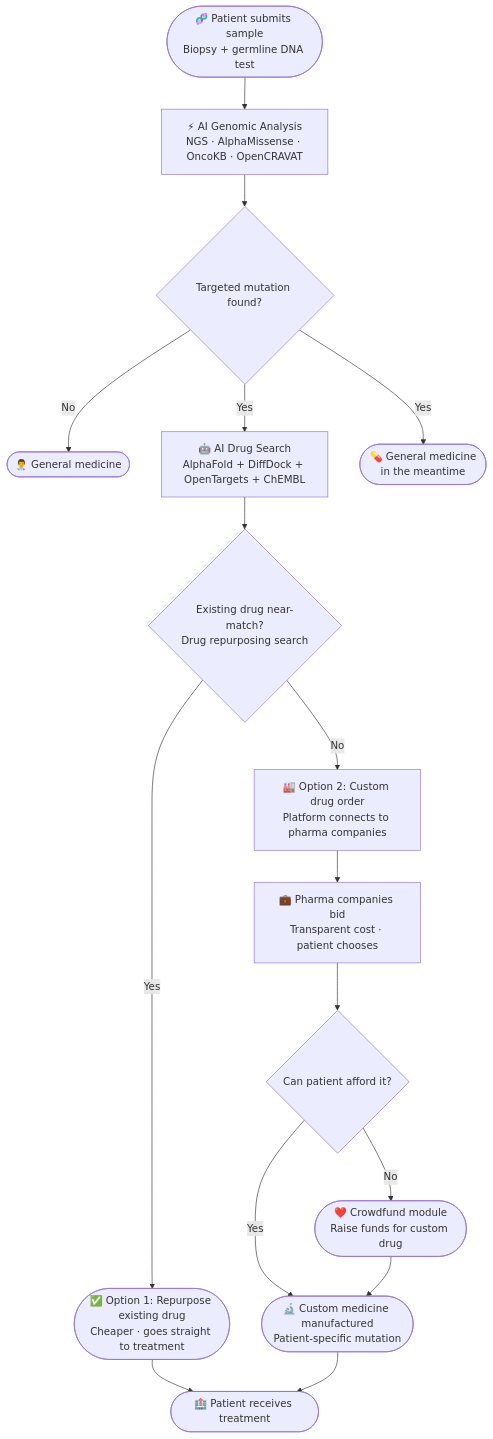
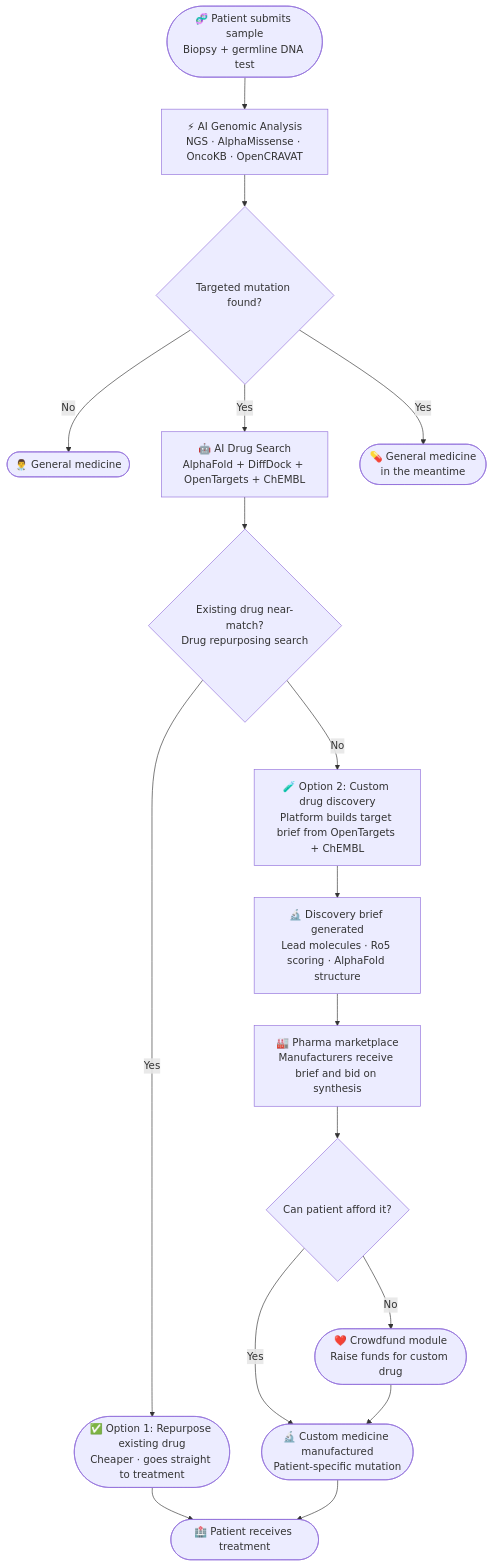
The first of 2 diagrams in README.md (immortal71/openoncology), drawn with Mermaid before and after one commit. The commit also changed other lines of this file, not shown here.

Commit message:
docs: move patient journey flowchart to top of README, update with custom drug discovery steps

````diff
--- a/README.md
+++ b/README.md
@@ -276,19 +48,20 @@
 ```mermaid
 flowchart TD
     A([🧬 Patient submits sample\nBiopsy + germline DNA test]) --> B
     B[⚡ AI Genomic Analysis\nNGS · AlphaMissense · OncoKB · OpenCRAVAT]
     B --> C{Targeted mutation found?}
     C -- No --> D([👨‍⚕️ General medicine])
     C -- Yes --> E[🤖 AI Drug Search\nAlphaFold + DiffDock + OpenTargets + ChEMBL]
     C -- Yes --> F([💊 General medicine\nin the meantime])
     E --> G{Existing drug near-match?\nDrug repurposing search}
     G -- Yes --> H([✅ Option 1: Repurpose existing drug\nCheaper · goes straight to treatment])
     H --> M([🏥 Patient receives treatment])
-    G -- No --> I[🏭 Option 2: Custom drug order\nPlatform connects to pharma companies]
-    I --> J[💼 Pharma companies bid\nTransparent cost · patient chooses]
+    G -- No --> I[🧪 Option 2: Custom drug discovery\nPlatform builds target brief from OpenTargets + ChEMBL]
+    I --> I2[🔬 Discovery brief generated\nLead molecules · Ro5 scoring · AlphaFold structure]
+    I2 --> J[🏭 Pharma marketplace\nManufacturers receive brief and bid on synthesis]
     J --> N{Can patient afford it?}
     N -- Yes --> K([🔬 Custom medicine manufactured\nPatient-specific mutation])
     N -- No --> L([❤️ Crowdfund module\nRaise funds for custom drug])
     L --> K
     K --> M
 ```
````
